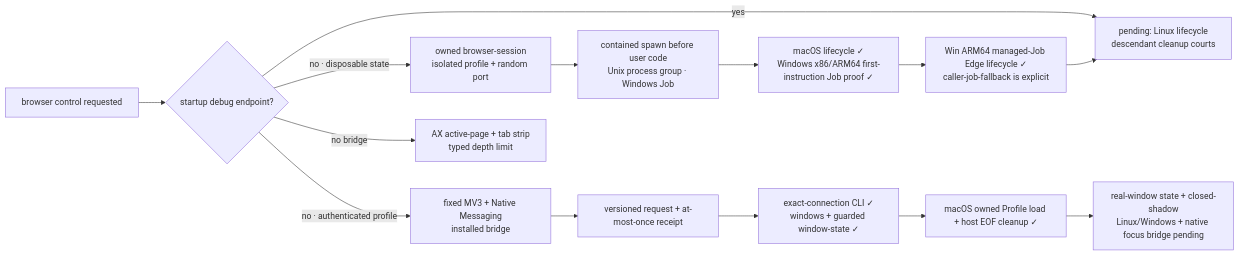
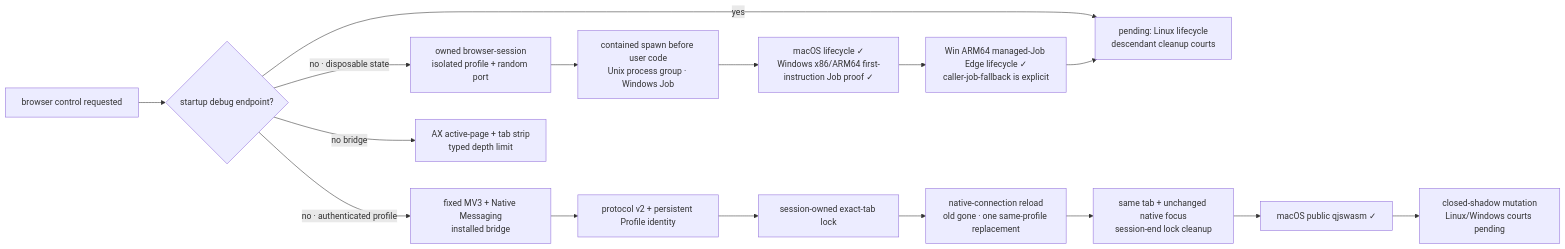
The fifth of 17 diagrams in prd/PRD_02_28_agenterm_cu.md (partnernetsoftware/agenterm), drawn with Mermaid before and after one commit. The commit also changed other lines of this file and 24 other files, not shown here.

Commit message:
cu: bind MV3 reload to stable profile identity

````diff
--- a/prd/PRD_02_28_agenterm_cu.md
+++ b/prd/PRD_02_28_agenterm_cu.md
@@ -679,16 +686,18 @@
 ```mermaid
 flowchart LR
   B["browser control requested"] --> D{"startup debug endpoint?"}
   D -->|yes| P["borrow exact PID/port<br/>owned=false"]
   D -->|no · disposable state| S["owned browser-session<br/>isolated profile + random port"]
   D -->|no · authenticated profile| X["fixed MV3 + Native Messaging<br/>installed bridge"]
   D -->|no bridge| A["AX active-page + tab strip<br/>typed depth limit"]
   S --> C["contained spawn before user code<br/>Unix process group · Windows Job"]
   C --> E["macOS lifecycle ✓<br/>Windows x86/ARM64 first-instruction Job proof ✓"]
   E --> W["Win ARM64 managed-Job Edge lifecycle ✓<br/>caller-job-fallback is explicit"]
   W --> P["pending: Linux lifecycle<br/>descendant cleanup courts"]
-  X --> R["versioned request + at-most-once receipt"]
-  R --> Y["exact-connection CLI ✓<br/>windows + guarded window-state ✓"]
-  Y --> L["macOS owned Profile load + host EOF cleanup ✓"]
-  L --> Z["real-window state + closed-shadow<br/>Linux/Windows + native focus bridge pending"]
+  X --> R["protocol v2 + persistent Profile identity"]
+  R --> Y["session-owned exact-tab lock"]
+  Y --> L["native-connection reload<br/>old gone · one same-profile replacement"]
+  L --> F["same tab + unchanged native focus<br/>session-end lock cleanup"]
+  F --> M["macOS public qjswasm ✓"]
+  M --> Z["closed-shadow mutation<br/>Linux/Windows courts pending"]
 ```
````
